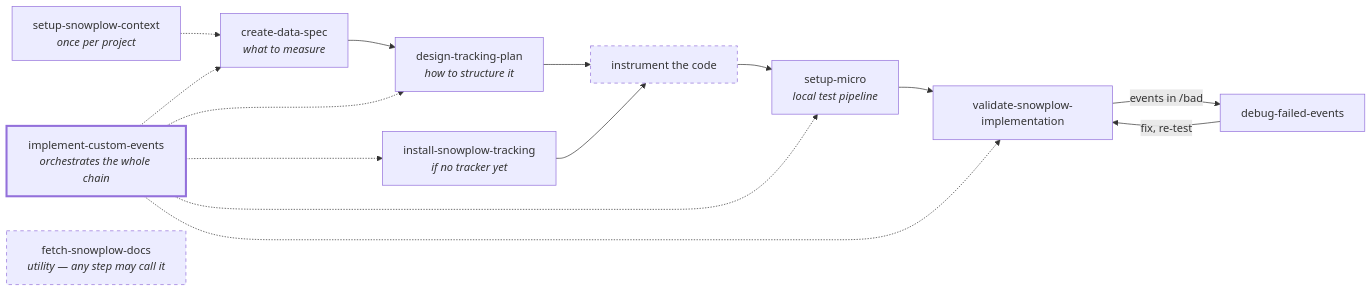
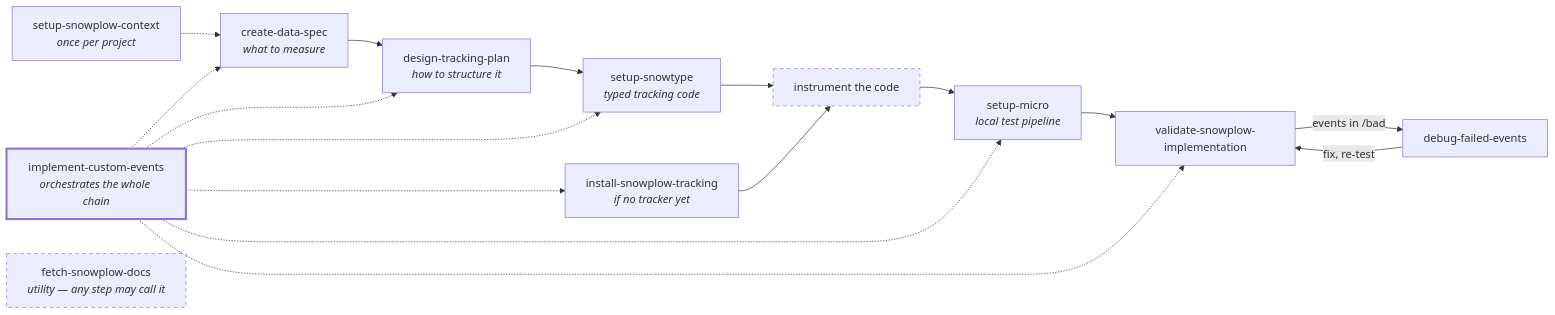
One commit to edwin-snowplow/snowplow-agent-skills changed the diagram in README.md. Above: the diagram before and after it, drawn with Mermaid. The commit also changed other lines of this file and 7 other files, not shown here.

First line of the commit message:
feat(setup-snowtype): dedicated Snowtype skill, delegated from implement-custom-events (#47)

````diff
--- a/README.md
+++ b/README.md
@@ -87,17 +88,17 @@
 ```mermaid
 flowchart LR
     ctx["setup-snowplow-context<br/><i>once per project</i>"] -.-> spec
     spec["create-data-spec<br/><i>what to measure</i>"] --> design["design-tracking-plan<br/><i>how to structure it</i>"]
-    design --> inst["instrument the code"]
+    design --> snowtype["setup-snowtype<br/><i>typed tracking code</i>"] --> inst["instrument the code"]
     install["install-snowplow-tracking<br/><i>if no tracker yet</i>"] --> inst
     inst --> micro["setup-micro<br/><i>local test pipeline</i>"] --> validate["validate-snowplow-implementation"]
     validate -->|events in /bad| debug["debug-failed-events"]
     debug -->|fix, re-test| validate
-    e2e["implement-custom-events<br/><i>orchestrates the whole chain</i>"] -.-> spec & design & install & micro & validate
+    e2e["implement-custom-events<br/><i>orchestrates the whole chain</i>"] -.-> spec & design & install & snowtype & micro & validate
     docs["fetch-snowplow-docs<br/><i>utility — any step may call it</i>"]
 
     classDef orchestrator stroke-width:3px
     classDef notskill stroke-dasharray: 5 5
     class e2e orchestrator
     class inst,docs notskill
 ```
````
